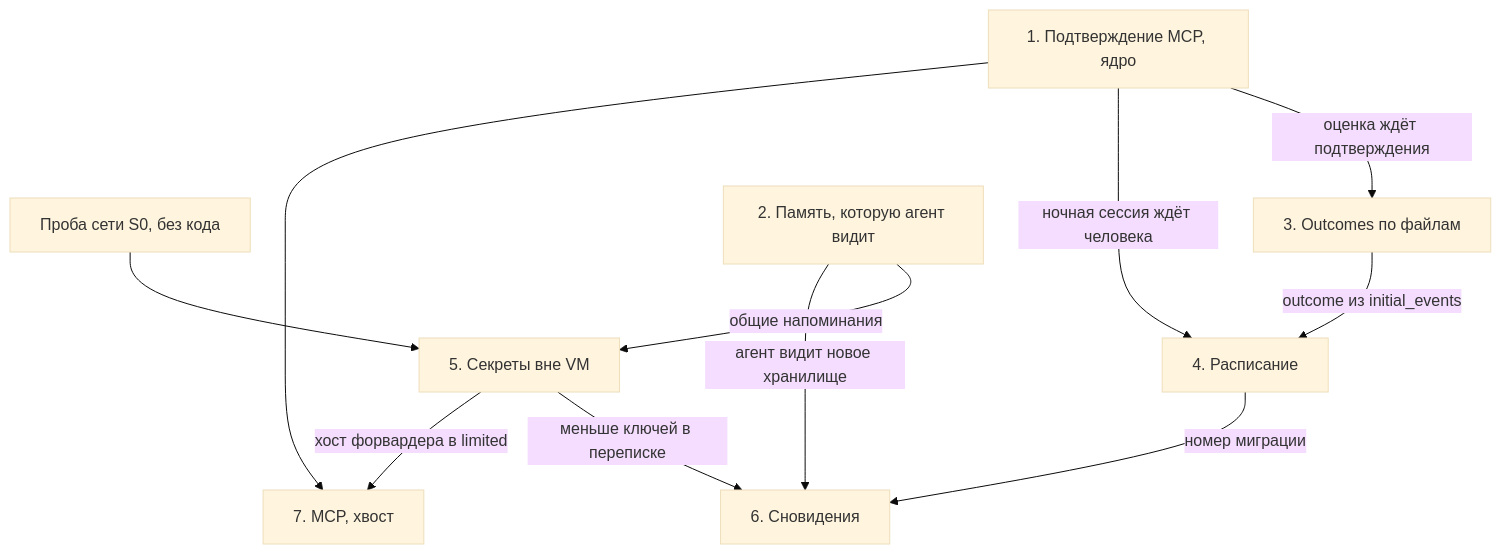
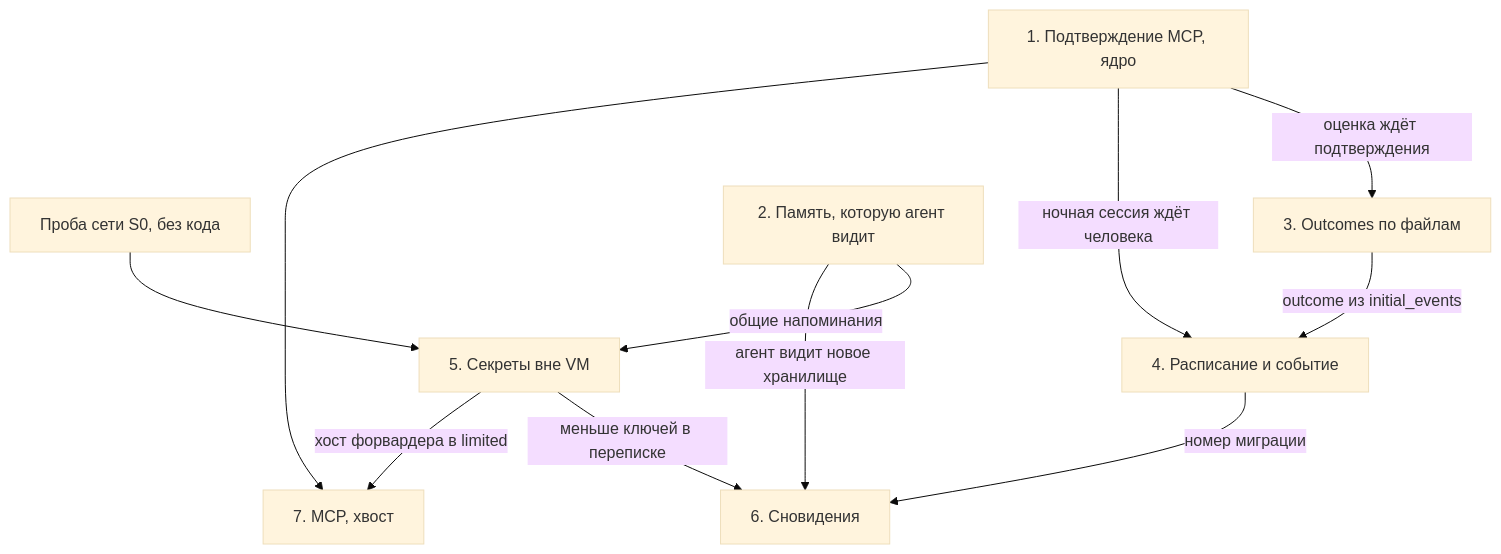
Before and after one commit to Nap20192/ai-native-backoffice-v3: the diagram in docs/plans/cma-wave-1.md, drawn with Mermaid (base theme). The commit also changed other lines of this file, not shown here.

````diff
--- a/docs/plans/cma-wave-1.md
+++ b/docs/plans/cma-wave-1.md
@@ -25,13 +25,13 @@
 ```mermaid
 flowchart TD
   P0["Проба сети S0, без кода"] --> SEC
   MCP["1. Подтверждение MCP, ядро"] -->|"оценка ждёт подтверждения"| OUT["3. Outcomes по файлам"]
-  MCP -->|"ночная сессия ждёт человека"| SCH["4. Расписание"]
+  MCP -->|"ночная сессия ждёт человека"| SCH["4. Расписание и событие"]
   MEM["2. Память, которую агент видит"] -->|"общие напоминания"| SEC["5. Секреты вне VM"]
   MEM -->|"агент видит новое хранилище"| DRM["6. Сновидения"]
   OUT -->|"outcome из initial_events"| SCH
   SCH -->|"номер миграции"| DRM
   SEC -->|"меньше ключей в переписке"| DRM
   SEC -->|"хост форвардера в limited"| TAIL["7. MCP, хвост"]
   MCP --> TAIL
 ```
````
